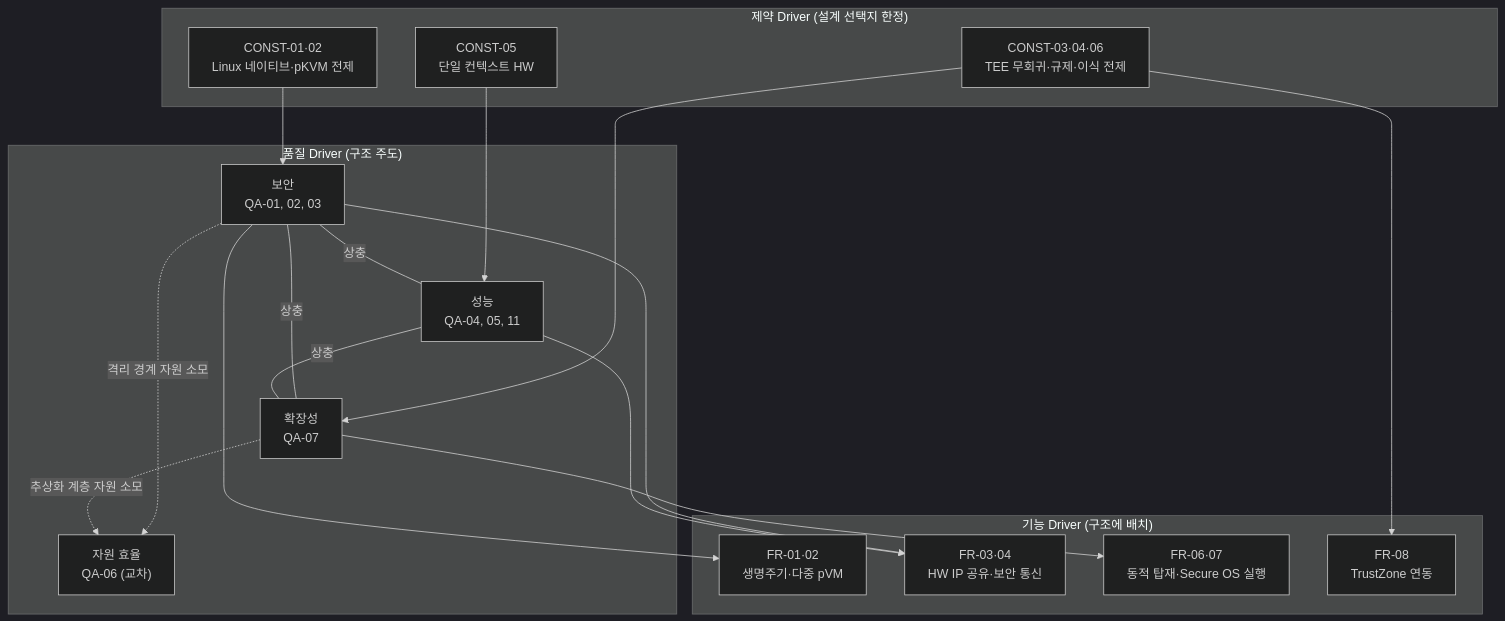
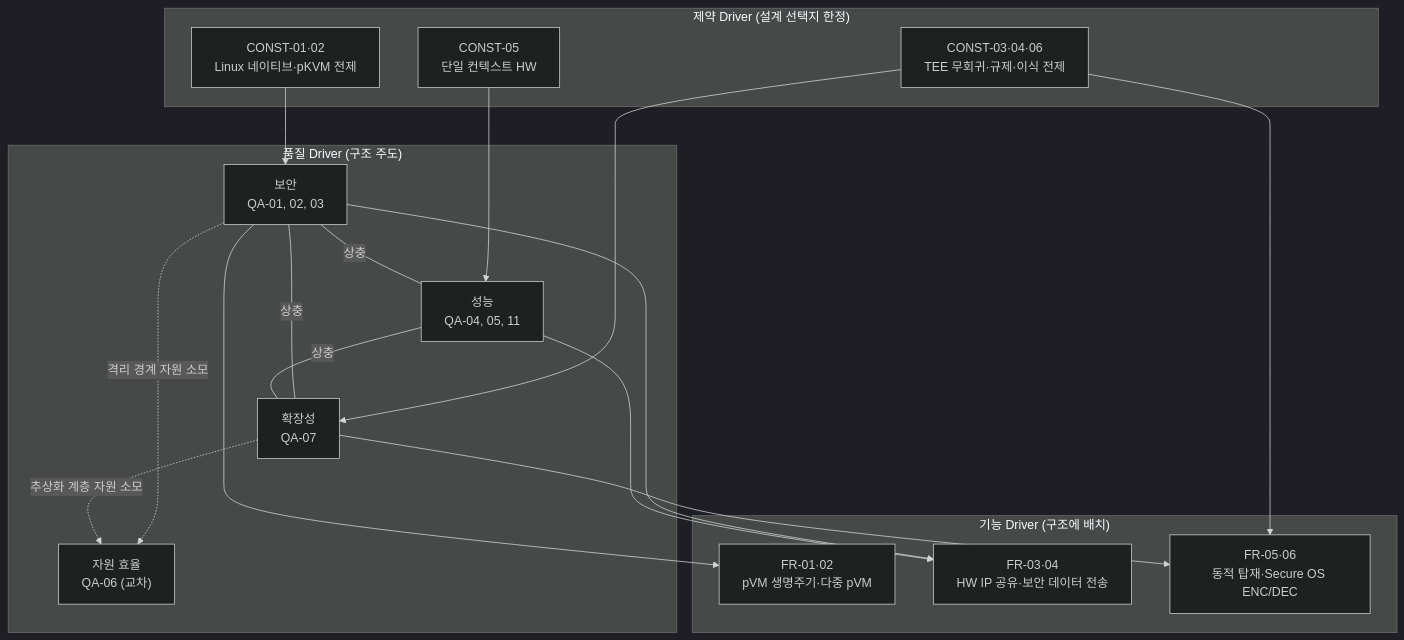
The diagram in docs/04_architectural_drivers.md (boram1288/test-p), drawn with Mermaid (dark theme) before and after one commit. The commit also changed other lines of this file and 2 other files, not shown here.

````diff
--- a/docs/04_architectural_drivers.md
+++ b/docs/04_architectural_drivers.md
@@ -93,34 +91,33 @@
 ```mermaid
 flowchart TB
     subgraph const_d["제약 Driver (설계 선택지 한정)"]
         C12["CONST-01·02<br/>Linux 네이티브·pKVM 전제"]
         C5["CONST-05<br/>단일 컨텍스트 HW"]
         C36["CONST-03·04·06<br/>TEE 무회귀·규제·이식 전제"]
     end
     subgraph qa_d["품질 Driver (구조 주도)"]
         SEC["보안<br/>QA-01, 02, 03"]
         PERF["성능<br/>QA-04, 05, 11"]
         EXT["확장성<br/>QA-07"]
         RES["자원 효율<br/>QA-06 (교차)"]
     end
     subgraph fr_d["기능 Driver (구조에 배치)"]
-        F12["FR-01·02<br/>생명주기·다중 pVM"]
-        F34["FR-03·04<br/>HW IP 공유·보안 통신"]
-        F67["FR-06·07<br/>동적 탑재·Secure OS 실행"]
-        F8["FR-08<br/>TrustZone 연동"]
+        F12["FR-01·02<br/>pVM 생명주기·다중 pVM"]
+        F34["FR-03·04<br/>HW IP 공유·보안 데이터 전송"]
+        F56["FR-05·06<br/>동적 탑재·Secure OS ENC/DEC"]
     end
 
     C12 --> SEC
     C5 --> PERF
     C36 --> EXT
     SEC ---|"상충"| PERF
     SEC ---|"상충"| EXT
     PERF ---|"상충"| EXT
     SEC -.->|"격리 경계 자원 소모"| RES
     EXT -.->|"추상화 계층 자원 소모"| RES
     SEC --> F12
     SEC --> F34
     PERF --> F34
-    EXT --> F67
-    C36 --> F8
+    EXT --> F56
+    C36 --> F56
 ```
````
